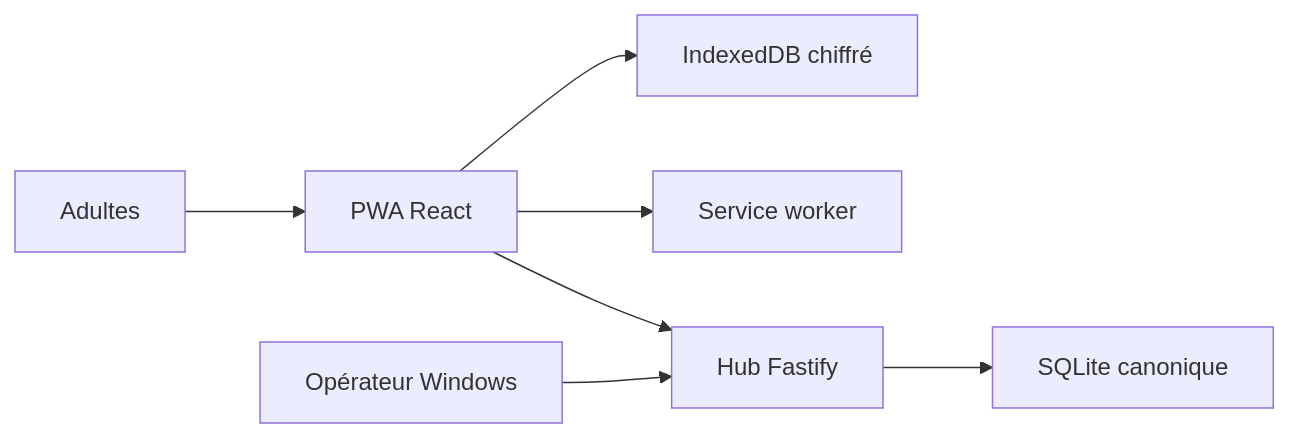
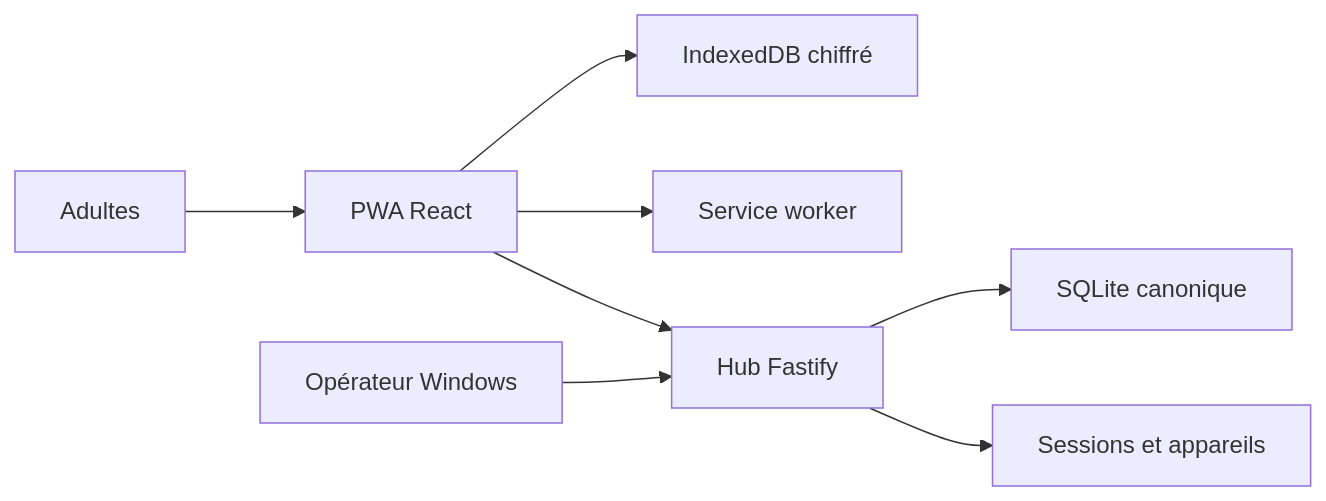
Before and after one commit to Sharpsou/friday: the diagram in docs/friday-threat-model.md, drawn with Mermaid. The commit also changed other lines of this file and 62 other files, not shown here.

````diff
--- a/docs/friday-threat-model.md
+++ b/docs/friday-threat-model.md
@@ -51,9 +54,10 @@
 ```mermaid
 flowchart LR
     U["Adultes"] --> W["PWA React"]
     W --> I["IndexedDB chiffré"]
     W --> S["Service worker"]
     W --> H["Hub Fastify"]
     H --> D["SQLite canonique"]
+    H --> A["Sessions et appareils"]
     O["Opérateur Windows"] --> H
 ```
````
